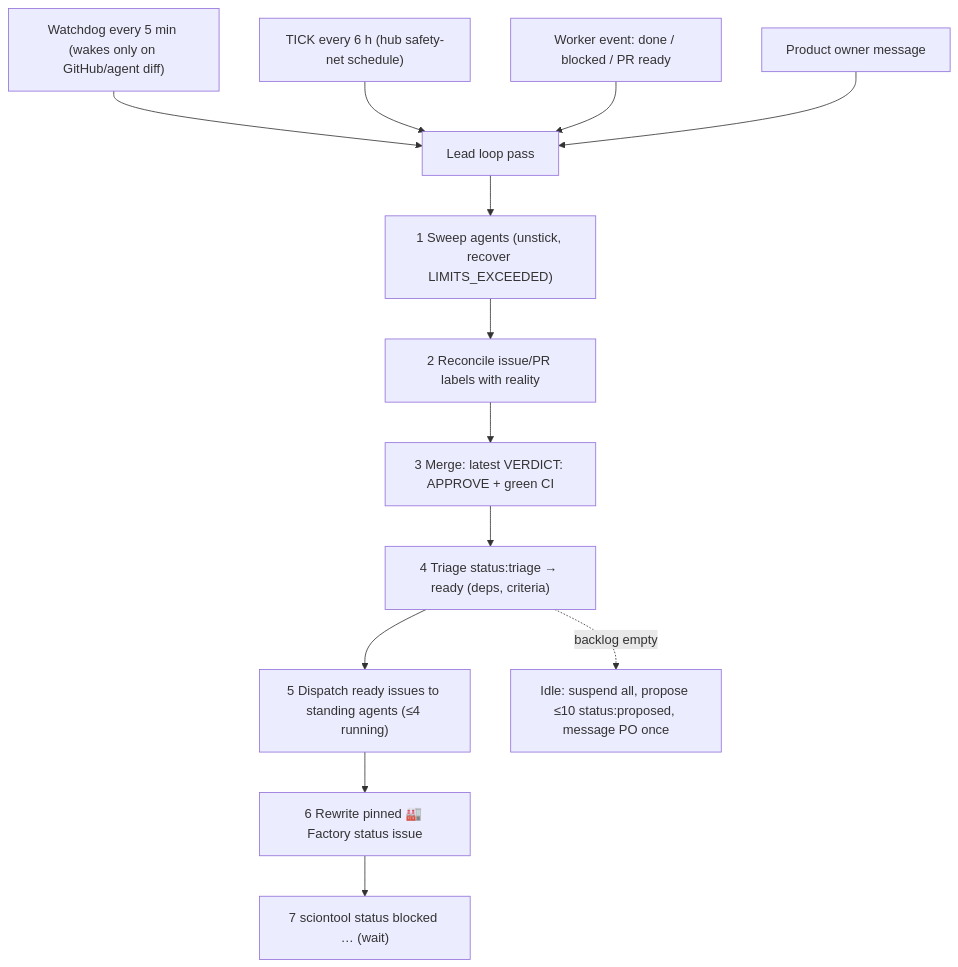
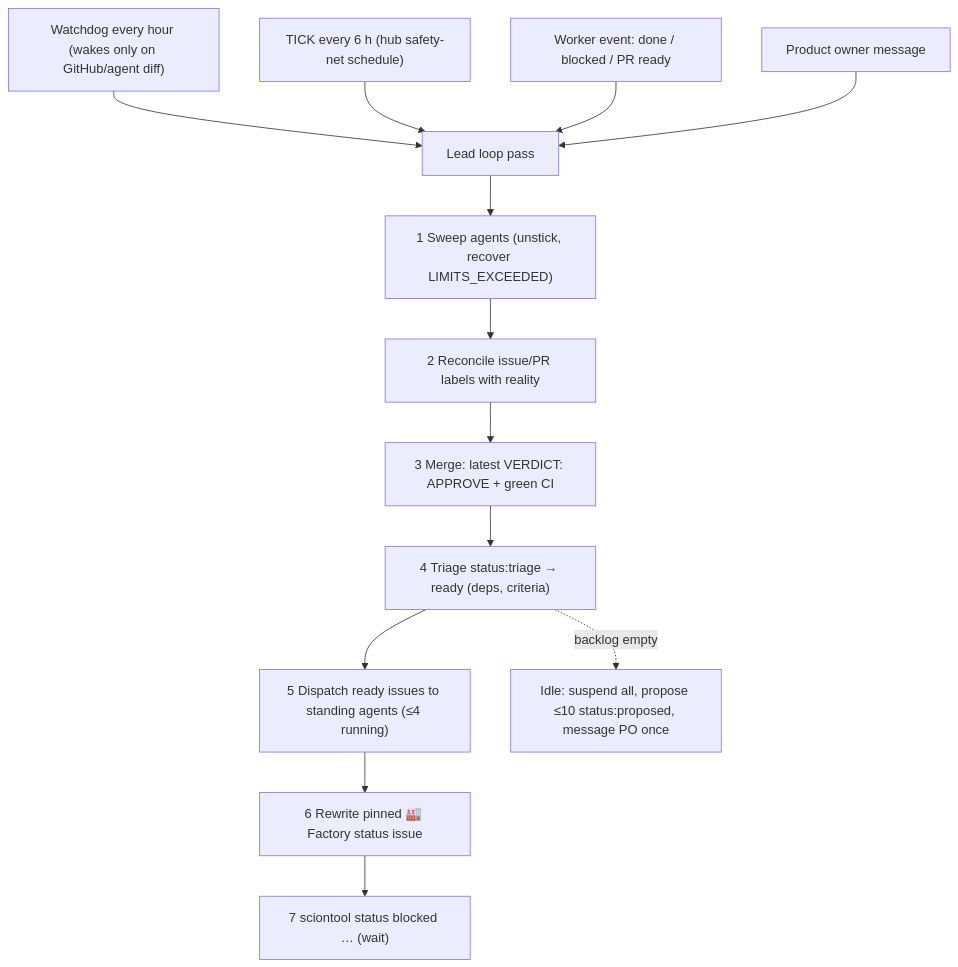
Before and after one commit to duboc/acme-airlines: the diagram in docs/scion/04-operating-model.md, drawn with Mermaid. The commit also changed other lines of this file and 22 other files, not shown here.

````diff
--- a/docs/scion/04-operating-model.md
+++ b/docs/scion/04-operating-model.md
@@ -3,15 +3,15 @@
 ```mermaid
 flowchart TD
-  wd["Watchdog every 5 min (wakes only on GitHub/agent diff)"] --> pass
+  wd["Watchdog every hour (wakes only on GitHub/agent diff)"] --> pass
   tick["TICK every 6 h (hub safety-net schedule)"] --> pass
   ev["Worker event: done / blocked / PR ready"] --> pass
   po["Product owner message"] --> pass
   pass["Lead loop pass"] --> s1["1 Sweep agents (unstick, recover LIMITS_EXCEEDED)"]
   s1 --> s2["2 Reconcile issue/PR labels with reality"]
   s2 --> s3["3 Merge: latest VERDICT: APPROVE + green CI"]
   s3 --> s4["4 Triage status:triage → ready (deps, criteria)"]
   s4 --> s5["5 Dispatch ready issues to standing agents (≤4 running)"]
   s5 --> s6["6 Rewrite pinned 🏭 Factory status issue"]
   s6 --> s7["7 sciontool status blocked … (wait)"]
   s4 -. backlog empty .-> idle["Idle: suspend all, propose ≤10 status:proposed, message PO once"]
 ```
````
